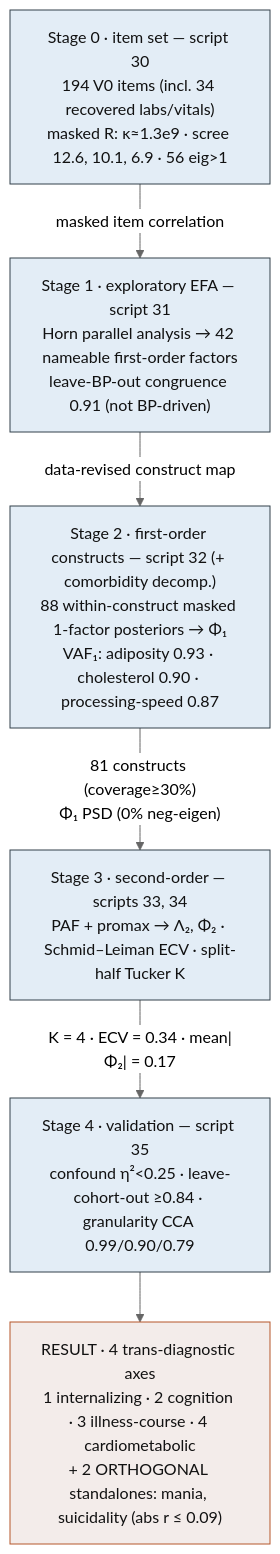
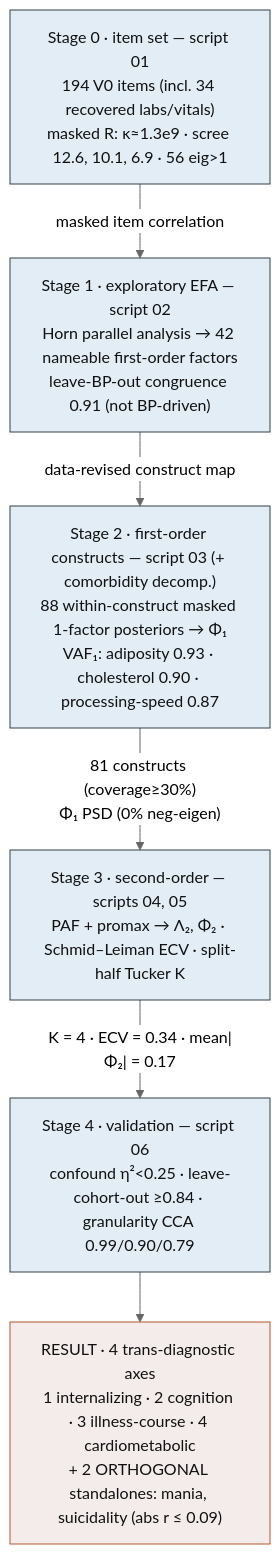
Before and after one commit to AndriiKulakovskyi/face-trans-diagnostic-phenotypes: the sixth of 10 diagrams in docs/PIPELINE.md, drawn with Mermaid (neutral theme). The commit also changed other lines of this file and 21 other files, not shown here.

````diff
--- a/docs/PIPELINE.md
+++ b/docs/PIPELINE.md
@@ -181,16 +181,16 @@
 ```mermaid
 flowchart TB
     classDef model fill:#E3EDF6,stroke:#33414b,color:#111
     classDef out   fill:#F3ECEA,stroke:#B5562B,color:#111
 
-    S0["Stage 0 · item set — script 30<br/>194 V0 items (incl. 34 recovered labs/vitals)<br/>masked R: κ≈1.3e9 · scree 12.6, 10.1, 6.9 · 56 eig>1"]:::model
+    S0["Stage 0 · item set — script 01<br/>194 V0 items (incl. 34 recovered labs/vitals)<br/>masked R: κ≈1.3e9 · scree 12.6, 10.1, 6.9 · 56 eig>1"]:::model
     S0 -->|"masked item correlation"| S1
-    S1["Stage 1 · exploratory EFA — script 31<br/>Horn parallel analysis → 42 nameable first-order factors<br/>leave-BP-out congruence 0.91 (not BP-driven)"]:::model
+    S1["Stage 1 · exploratory EFA — script 02<br/>Horn parallel analysis → 42 nameable first-order factors<br/>leave-BP-out congruence 0.91 (not BP-driven)"]:::model
     S1 -->|"data-revised construct map"| S2
-    S2["Stage 2 · first-order constructs — script 32 (+ comorbidity decomp.)<br/>88 within-construct masked 1-factor posteriors → Φ₁<br/>VAF₁: adiposity 0.93 · cholesterol 0.90 · processing-speed 0.87"]:::model
+    S2["Stage 2 · first-order constructs — script 03 (+ comorbidity decomp.)<br/>88 within-construct masked 1-factor posteriors → Φ₁<br/>VAF₁: adiposity 0.93 · cholesterol 0.90 · processing-speed 0.87"]:::model
     S2 -->|"81 constructs (coverage≥30%)<br/>Φ₁ PSD (0% neg-eigen)"| S3
-    S3["Stage 3 · second-order — scripts 33, 34<br/>PAF + promax → Λ₂, Φ₂ · Schmid–Leiman ECV · split-half Tucker K"]:::model
+    S3["Stage 3 · second-order — scripts 04, 05<br/>PAF + promax → Λ₂, Φ₂ · Schmid–Leiman ECV · split-half Tucker K"]:::model
     S3 -->|"K = 4 · ECV = 0.34 · mean|Φ₂| = 0.17"| S4
-    S4["Stage 4 · validation — script 35<br/>confound η²<0.25 · leave-cohort-out ≥0.84 · granularity CCA 0.99/0.90/0.79"]:::model
+    S4["Stage 4 · validation — script 06<br/>confound η²<0.25 · leave-cohort-out ≥0.84 · granularity CCA 0.99/0.90/0.79"]:::model
     S4 --> AX["RESULT · 4 trans-diagnostic axes<br/>1 internalizing · 2 cognition · 3 illness-course · 4 cardiometabolic<br/>+ 2 ORTHOGONAL standalones: mania, suicidality (abs r ≤ 0.09)"]:::out
 ```
````
